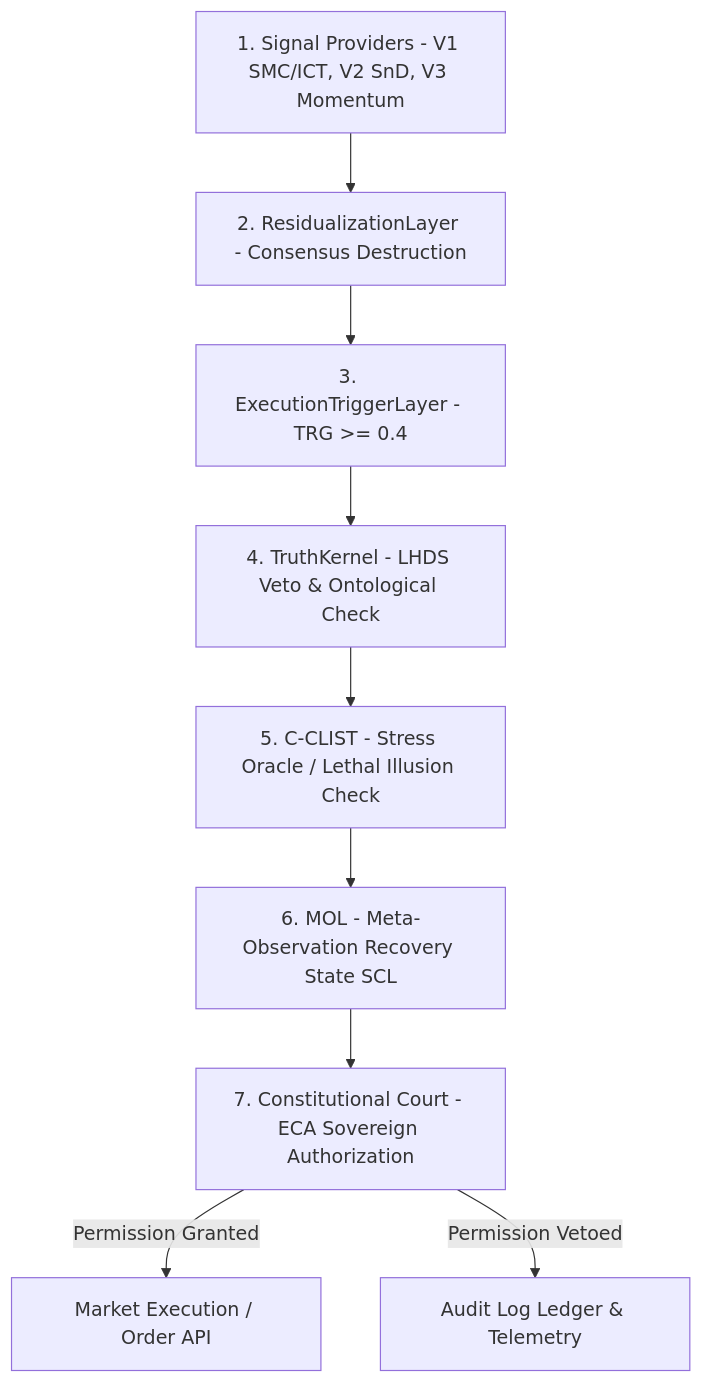
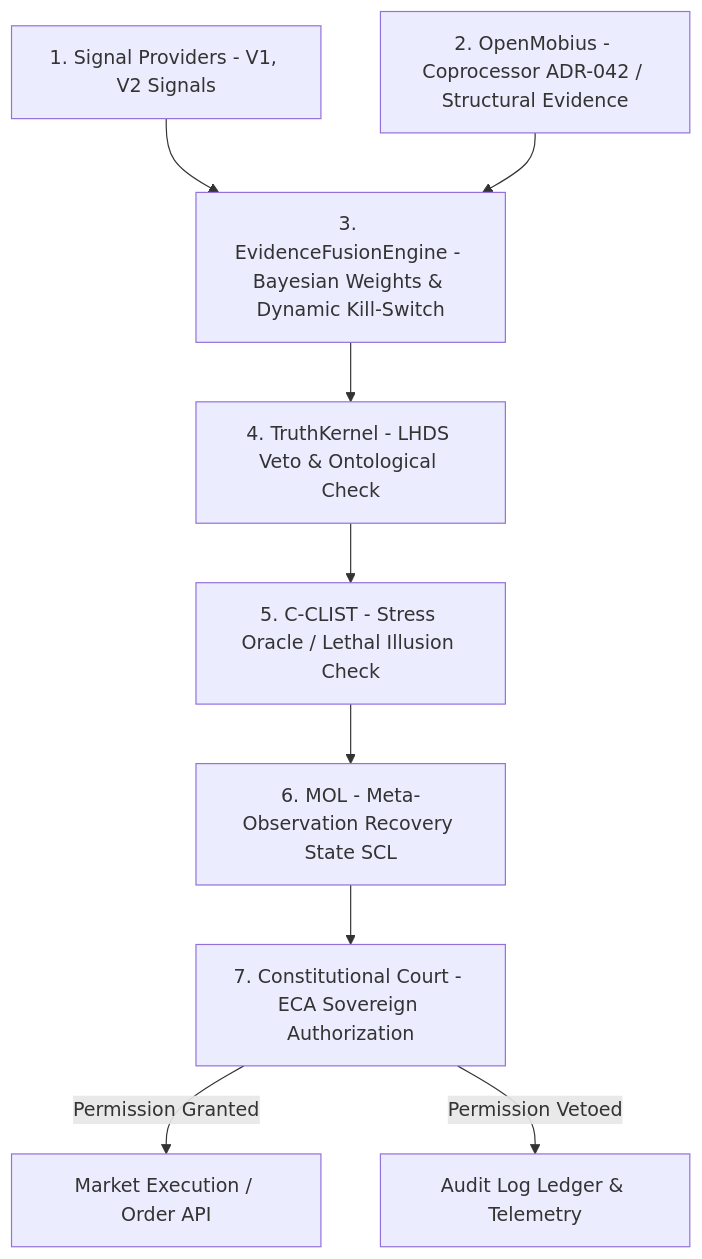
The second of 2 diagrams in README.md (Ciamarro1/Lyzer-Edge), drawn with Mermaid before and after one commit. The commit also changed other lines of this file, not shown here.

````diff
--- a/README.md
+++ b/README.md
@@ -89,11 +94,11 @@
 ```mermaid
 graph TD
-    C1[1. Signal Providers - V1 SMC/ICT, V2 SnD, V3 Momentum] --> C2[2. ResidualizationLayer - Consensus Destruction]
-    C2 --> C3[3. ExecutionTriggerLayer - TRG >= 0.4]
+    C1[1. Signal Providers - V1, V2 Signals] --> C3[3. EvidenceFusionEngine - Bayesian Weights & Dynamic Kill-Switch]
+    C2[2. OpenMobius - Coprocessor ADR-042 / Structural Evidence] --> C3
     C3 --> C4[4. TruthKernel - LHDS Veto & Ontological Check]
     C4 --> C5[5. C-CLIST - Stress Oracle / Lethal Illusion Check]
     C5 --> C6[6. MOL - Meta-Observation Recovery State SCL]
     C6 --> C7[7. Constitutional Court - ECA Sovereign Authorization]
     C7 -->|Permission Granted| EXEC[Market Execution / Order API]
     C7 -->|Permission Vetoed| VETO[Audit Log Ledger & Telemetry]
 ```
````
